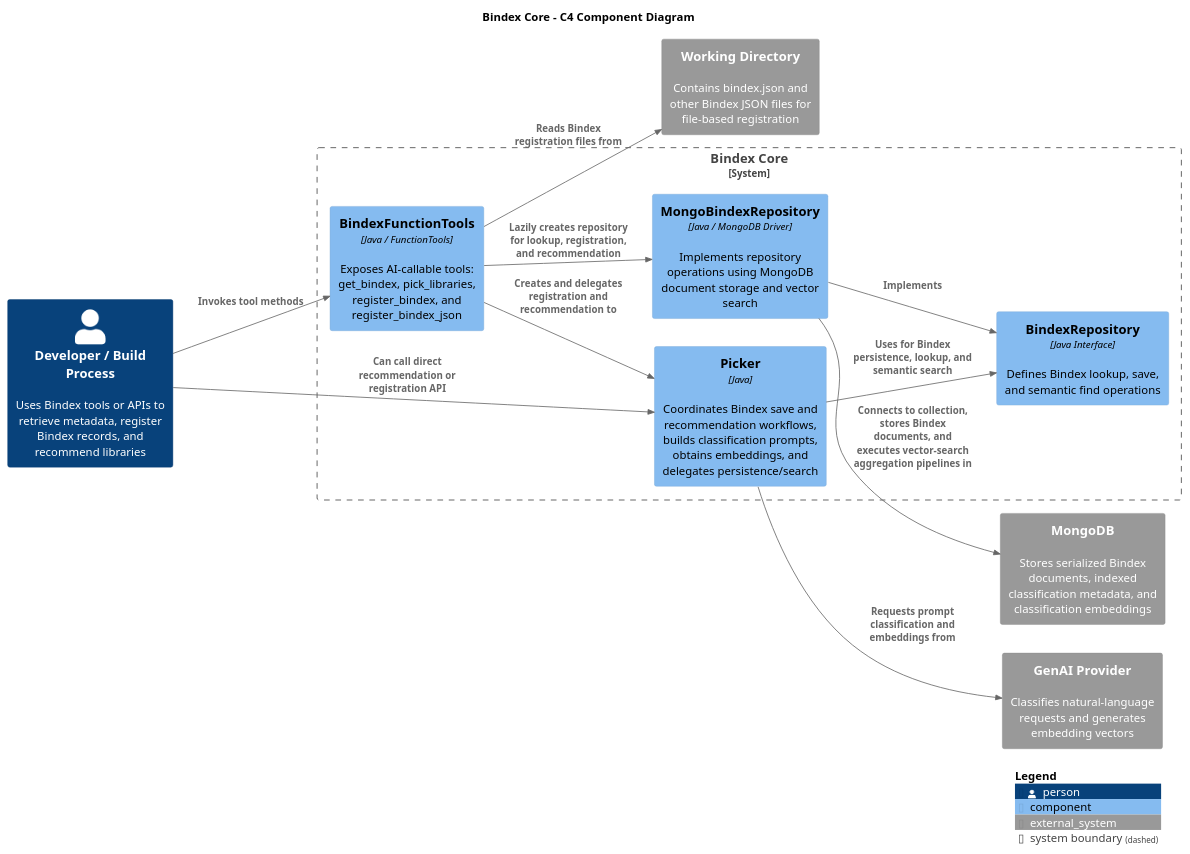
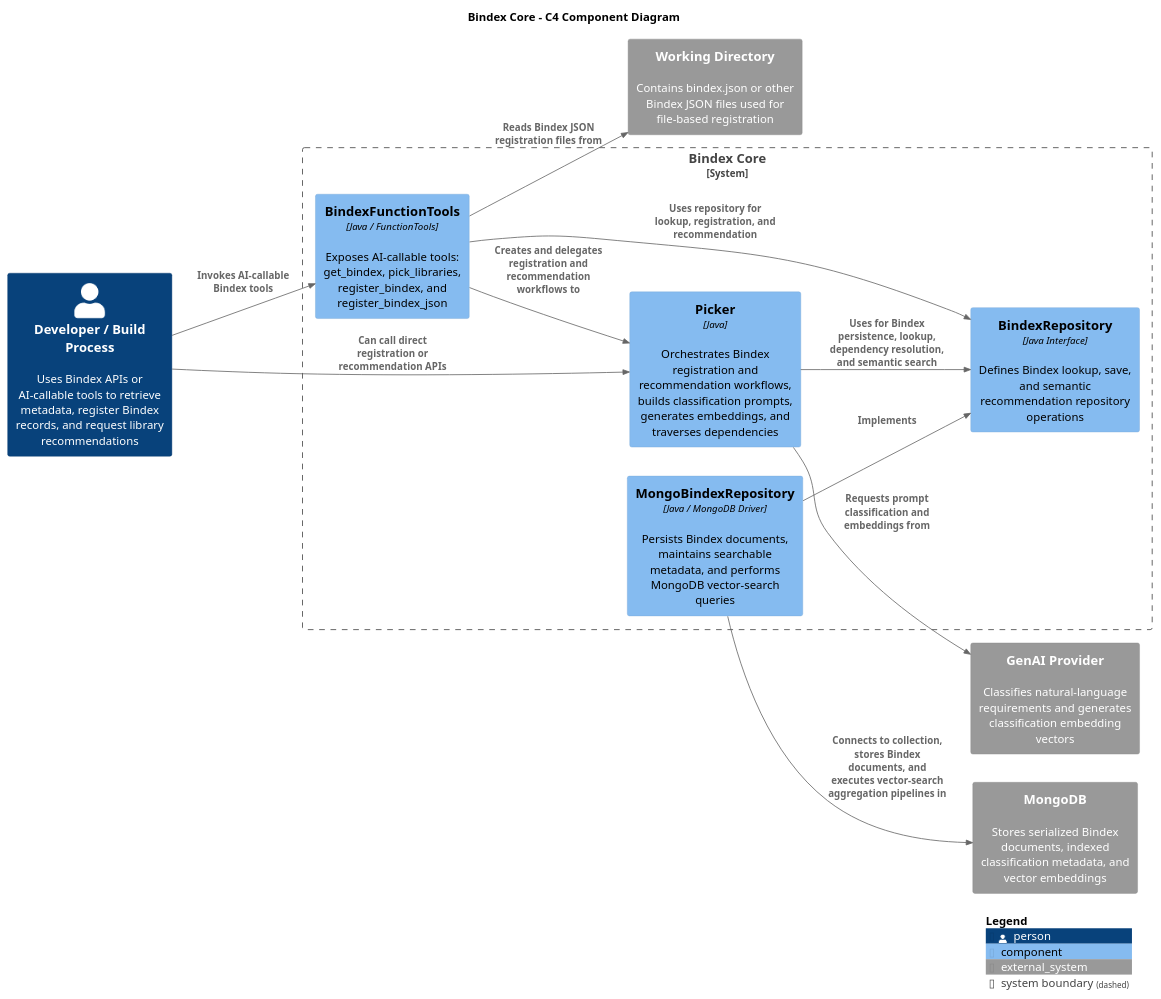
The diagram in bindex-core/src/site/puml/c4-diagram.puml (machanism-org/machai), drawn with PlantUML before and after one commit. The commit also changed 1 other file, not shown here.

Commit message:
fixed bindexRepository type, updated c4-diagram.puml.

```diff
--- a/bindex-core/src/site/puml/c4-diagram.puml
+++ b/bindex-core/src/site/puml/c4-diagram.puml
@@ -10,33 +10,33 @@
 @startuml
 !includeurl https://raw.githubusercontent.com/plantuml-stdlib/C4-PlantUML/master/C4_Component.puml
 
 LAYOUT_LEFT_RIGHT()
 
 title Bindex Core - C4 Component Diagram
 
-Person(user, "Developer / Build Process", "Uses Bindex tools or APIs to retrieve metadata, register Bindex records, and recommend libraries")
-System_Ext(fileSystem, "Working Directory", "Contains bindex.json and other Bindex JSON files for file-based registration")
-System_Ext(genaiProvider, "GenAI Provider", "Classifies natural-language requests and generates embedding vectors")
-System_Ext(mongodb, "MongoDB", "Stores serialized Bindex documents, indexed classification metadata, and classification embeddings")
+Person(user, "Developer / Build Process", "Uses Bindex APIs or AI-callable tools to retrieve metadata, register Bindex records, and request library recommendations")
+System_Ext(fileSystem, "Working Directory", "Contains bindex.json or other Bindex JSON files used for file-based registration")
+System_Ext(genaiProvider, "GenAI Provider", "Classifies natural-language requirements and generates classification embedding vectors")
+System_Ext(mongodb, "MongoDB", "Stores serialized Bindex documents, indexed classification metadata, and vector embeddings")
 
 System_Boundary(bindexCore, "Bindex Core") {
   Component(bindexFunctionTools, "BindexFunctionTools", "Java / FunctionTools", "Exposes AI-callable tools: get_bindex, pick_libraries, register_bindex, and register_bindex_json")
-  Component(picker, "Picker", "Java", "Coordinates Bindex save and recommendation workflows, builds classification prompts, obtains embeddings, and delegates persistence/search")
-  Component(repositoryInterface, "BindexRepository", "Java Interface", "Defines Bindex lookup, save, and semantic find operations")
-  Component(mongoRepository, "MongoBindexRepository", "Java / MongoDB Driver", "Implements repository operations using MongoDB document storage and vector search")
+  Component(picker, "Picker", "Java", "Orchestrates Bindex registration and recommendation workflows, builds classification prompts, generates embeddings, and traverses dependencies")
+  Component(repositoryInterface, "BindexRepository", "Java Interface", "Defines Bindex lookup, save, and semantic recommendation repository operations")
+  Component(mongoRepository, "MongoBindexRepository", "Java / MongoDB Driver", "Persists Bindex documents, maintains searchable metadata, and performs MongoDB vector-search queries")
 }
 
-Rel(user, bindexFunctionTools, "Invokes tool methods")
-Rel(user, picker, "Can call direct recommendation or registration API")
+Rel(user, bindexFunctionTools, "Invokes AI-callable Bindex tools")
+Rel(user, picker, "Can call direct registration or recommendation APIs")
 
-Rel(bindexFunctionTools, fileSystem, "Reads Bindex registration files from")
-Rel(bindexFunctionTools, picker, "Creates and delegates registration and recommendation to")
-Rel(bindexFunctionTools, mongoRepository, "Lazily creates repository for lookup, registration, and recommendation")
+Rel(bindexFunctionTools, fileSystem, "Reads Bindex JSON registration files from")
+Rel(bindexFunctionTools, picker, "Creates and delegates registration and recommendation workflows to")
+Rel(bindexFunctionTools, repositoryInterface, "Uses repository for lookup, registration, and recommendation")
 
 Rel(picker, genaiProvider, "Requests prompt classification and embeddings from")
-Rel(picker, repositoryInterface, "Uses for Bindex persistence, lookup, and semantic search")
+Rel(picker, repositoryInterface, "Uses for Bindex persistence, lookup, dependency resolution, and semantic search")
 Rel(mongoRepository, repositoryInterface, "Implements")
 Rel(mongoRepository, mongodb, "Connects to collection, stores Bindex documents, and executes vector-search aggregation pipelines in")
 
 SHOW_LEGEND()
 @enduml
```
